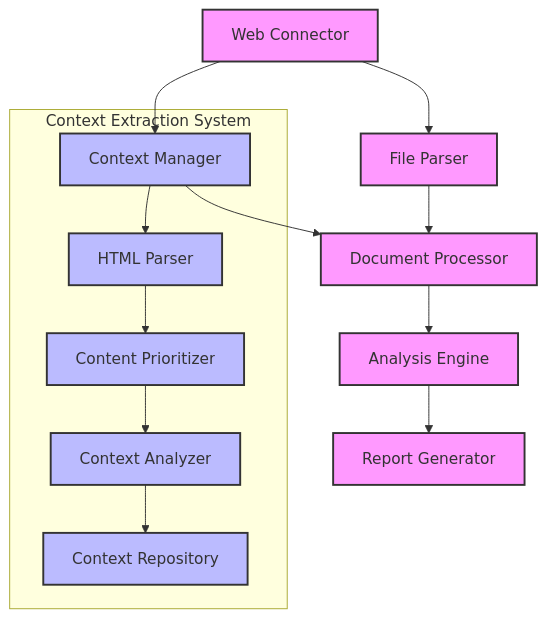
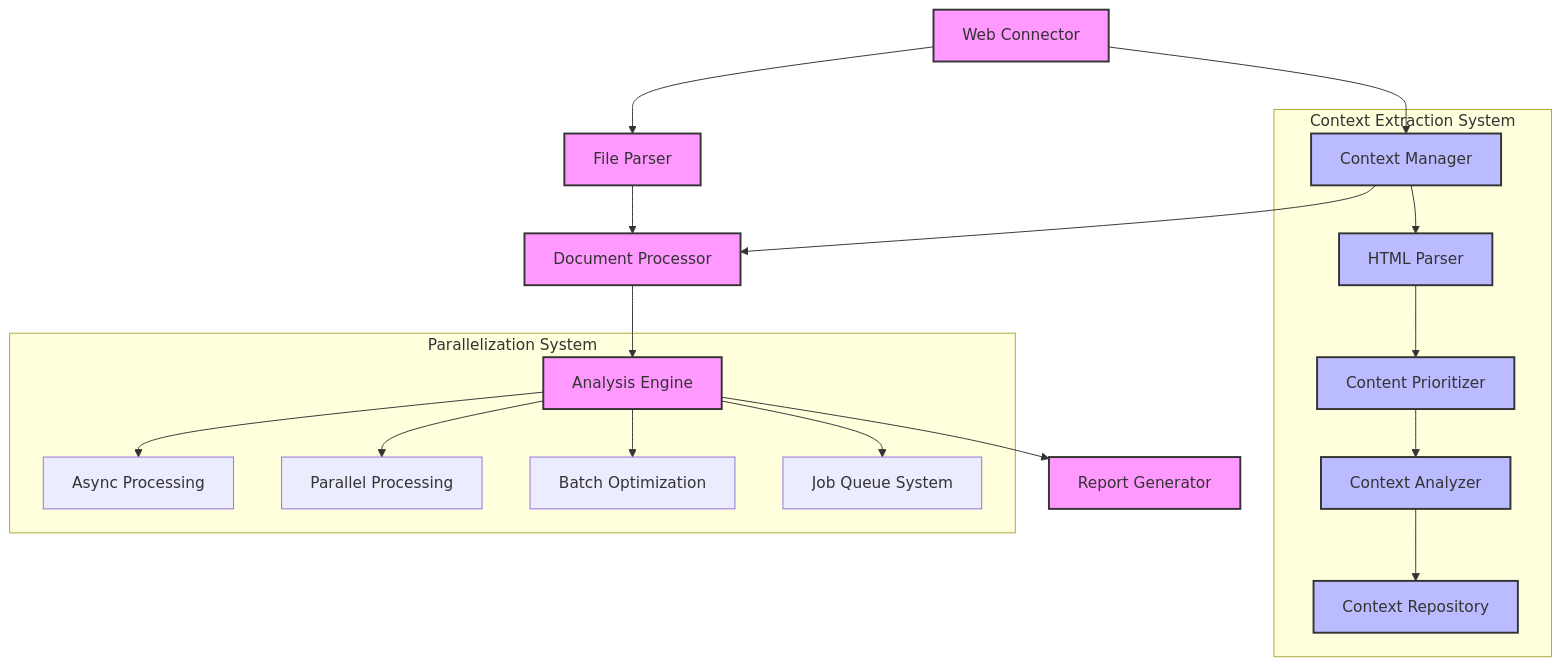
One commit to darksip/document-it changed the diagram in README.md. Above: the diagram before and after it, drawn with Mermaid. The commit also changed other lines of this file and 10 other files, not shown here.

Commit message:
Enhanced project documentation and validated parallelization system with comprehensive testing. Added CONTRIBUTING.md for public repository, updated README with improved design, and created detailed test suite for parallelization performance validation.

````diff
--- a/README.md
+++ b/README.md
@@ -38,22 +38,29 @@
 ```mermaid
 graph TD
-    A[Web Connector] --> B[File Parser]
+    A[Web Connector] --> B[File Parser] 
     A --> C[Context Manager]
     B --> D[Document Processor]
     C --> D
     D --> E[Analysis Engine]
     E --> F[Report Generator]
     
     subgraph "Context Extraction System"
     C --> G[HTML Parser]
     G --> H[Content Prioritizer]
     H --> I[Context Analyzer]
     I --> J[Context Repository]
     end
+
+    subgraph "Parallelization System"
+    E --> K[Async Processing]
+    E --> L[Parallel Processing]
+    E --> M[Batch Optimization]
+    E --> N[Job Queue System]
+    end
     
     classDef core fill:#f9f,stroke:#333,stroke-width:2px
     classDef context fill:#bbf,stroke:#333,stroke-width:2px
     
     class A,B,D,E,F core
     class C,G,H,I,J context
 ```
````
